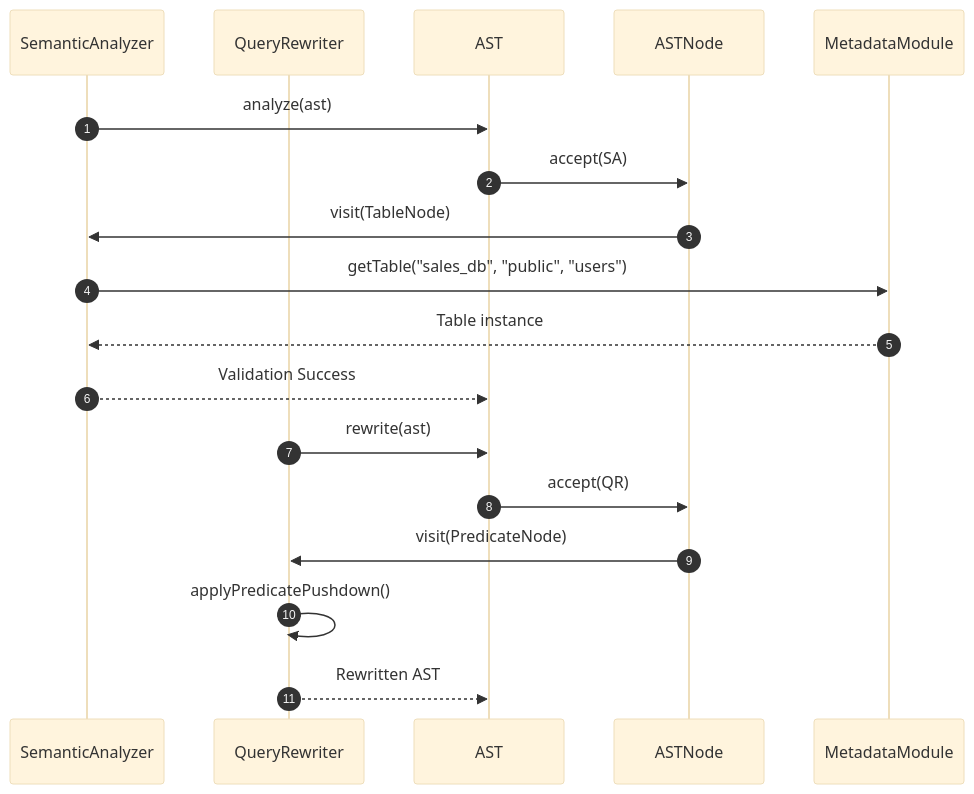
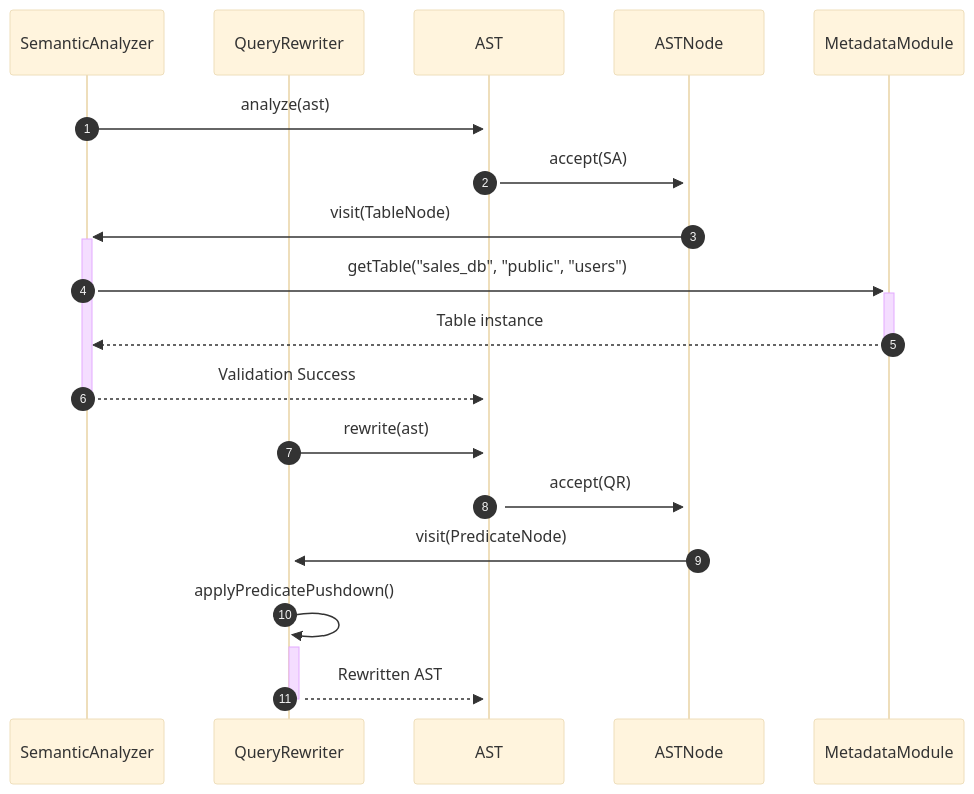
One commit to Dikhang1112/Database_Management_BBV changed the fourth of 13 diagrams in docs/design_patterns/query_processor/Sequece.md. Above: the diagram before and after it, drawn with Mermaid (base theme). The commit also changed other lines of this file and 12 other files, not shown here.

Commit message:
Refactor sequece diagram

````diff
--- a/docs/design_patterns/query_processor/Sequece.md
+++ b/docs/design_patterns/query_processor/Sequece.md
@@ -114,22 +114,22 @@
 ```mermaid
 sequenceDiagram
     autonumber
     participant SA as SemanticAnalyzer
     participant QR as QueryRewriter
     participant AST as AST
     participant Node as ASTNode
     participant Meta as MetadataModule
 
-    SA->>AST: analyze(ast)
-    AST->>Node: accept(SA)
-    Node->>SA: visit(TableNode)
-    SA->>Meta: getTable("sales_db", "public", "users")
-    Meta-->>SA: Table instance
-    SA-->>AST: Validation Success
+    SA->>+AST: analyze(ast)
+    AST->>+Node: accept(SA)
+    Node->>+SA: visit(TableNode)
+    SA->>+Meta: getTable("sales_db", "public", "users")
+    Meta-->>-SA: Table instance
+    SA-->>-AST: Validation Success
 
-    QR->>AST: rewrite(ast)
-    AST->>Node: accept(QR)
-    Node->>QR: visit(PredicateNode)
-    QR->>QR: applyPredicatePushdown()
-    QR-->>AST: Rewritten AST
+    QR->>+AST: rewrite(ast)
+    AST->>+Node: accept(QR)
+    Node->>+QR: visit(PredicateNode)
+    QR->>+QR: applyPredicatePushdown()
+    QR-->>-AST: Rewritten AST
 ```
````
